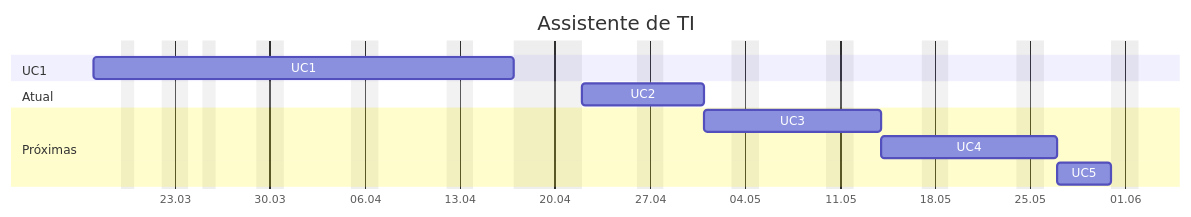
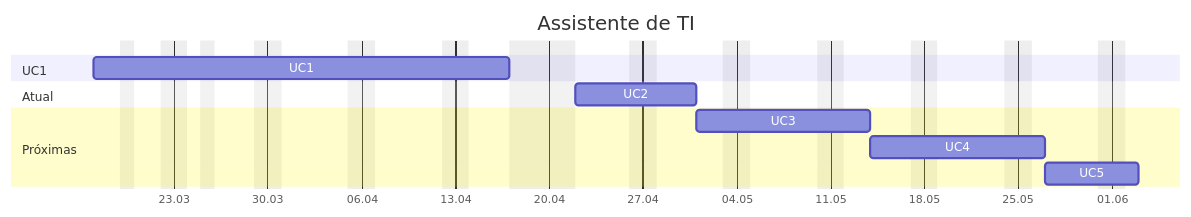
The diagram in src/site/notes/Assistente-de-TI.md (jocile/digitalgarden), drawn with Mermaid before and after one commit. The commit also changed other lines of this file and 2 other files, not shown here.

````diff
--- a/src/site/notes/Assistente-de-TI.md
+++ b/src/site/notes/Assistente-de-TI.md
@@ -31,16 +31,16 @@
 ```mermaid
 gantt
      title Assistente de TI
      tickInterval 1week
      excludes Saturday, Sunday, 19:03, 25:03, 17:04, 18:04, 21:04
      dateFormat DD:MM
      axisFormat %d.%m
      section UC1
          UC1 :a1, 17:03, 21d
      section Atual
          UC2 :a2,after a1, 7d
      section Próximas
          UC3 :a3, after a2, 9d
          UC4 :a4, after a3, 9d
-         UC5 :a5, after a4, 4d
+         UC5 :a5, after a4, 5d
 ```
````
